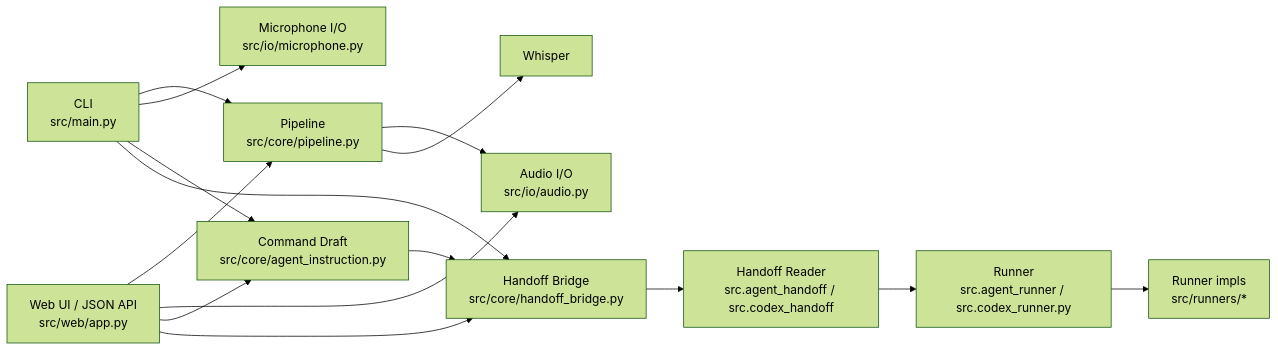
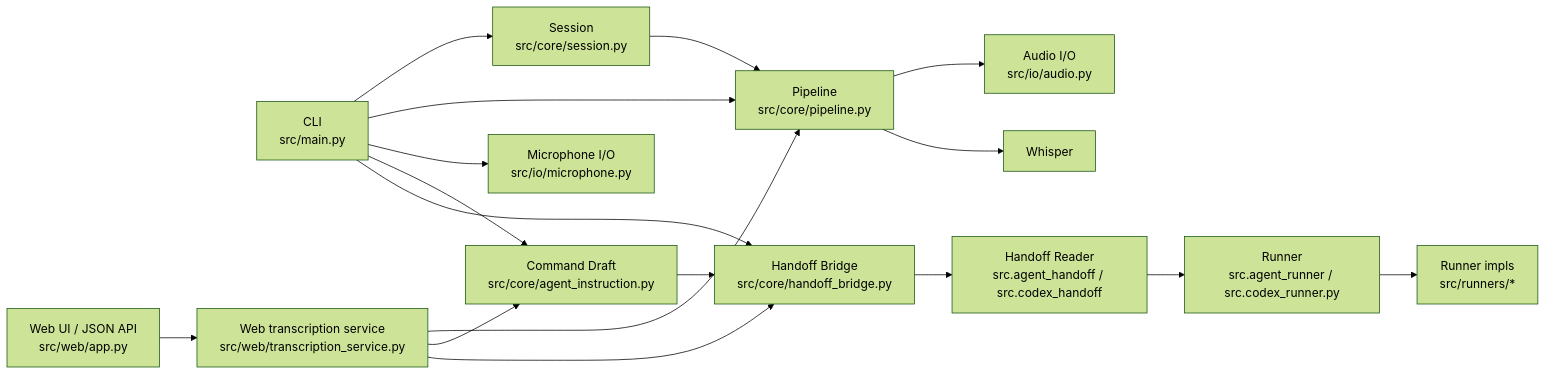
The first of 3 diagrams in README.md (hiro-collab/ai_talk_core), drawn with Mermaid (forest theme) before and after one commit. The commit also changed other lines of this file, not shown here.

Commit message:
Refocus README on agent handoff flow

````diff
--- a/README.md
+++ b/README.md
@@ -17,29 +453,33 @@
 ```mermaid
 flowchart LR
     CLI["CLI\nsrc/main.py"]
     WEB["Web UI / JSON API\nsrc/web/app.py"]
+    WEBSERVICE["Web transcription service\nsrc/web/transcription_service.py"]
+    SESSION["Session\nsrc/core/session.py"]
     PIPE["Pipeline\nsrc/core/pipeline.py"]
     MIC["Microphone I/O\nsrc/io/microphone.py"]
     AUDIO["Audio I/O\nsrc/io/audio.py"]
     DRAFT["Command Draft\nsrc/core/agent_instruction.py"]
     BRIDGE["Handoff Bridge\nsrc/core/handoff_bridge.py"]
     HANDOFF["Handoff Reader\nsrc.agent_handoff / src.codex_handoff"]
     RUNNER["Runner\nsrc.agent_runner / src.codex_runner.py"]
     RUNNER_IMPL["Runner impls\nsrc/runners/*"]
     WHISPER["Whisper"]
 
+    CLI --> SESSION
     CLI --> PIPE
-    WEB --> PIPE
     CLI --> MIC
-    WEB --> AUDIO
+    WEB --> WEBSERVICE
+    WEBSERVICE --> PIPE
+    SESSION --> PIPE
     PIPE --> AUDIO
     PIPE --> WHISPER
     CLI --> DRAFT
-    WEB --> DRAFT
+    WEBSERVICE --> DRAFT
     DRAFT --> BRIDGE
     CLI --> BRIDGE
-    WEB --> BRIDGE
+    WEBSERVICE --> BRIDGE
     BRIDGE --> HANDOFF
     HANDOFF --> RUNNER
     RUNNER --> RUNNER_IMPL
 ```
````
